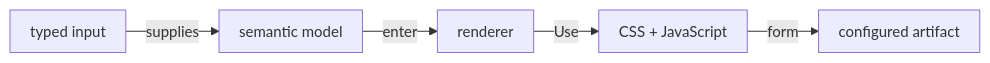
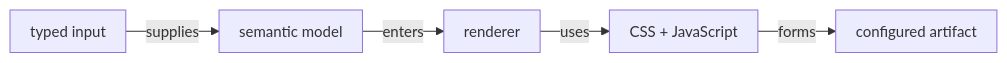
Before and after one commit to crististefanita/atf_j0: the eighth of 18 diagrams in atf-reporting/README.md, drawn with Mermaid. The commit also changed other lines of this file and 13 other files, not shown here.

````diff
--- a/atf-reporting/README.md
+++ b/atf-reporting/README.md
@@ -994,8 +920,8 @@
 ```mermaid
 %%{init: {"themeVariables":{"fontSize":"15px"},"themeCSS":".nodeLabel, .nodeLabel p { font-size: 15px !important; line-height: 1.35 !important; } .edgeLabel, .edgeLabel p { font-size: 12px !important; font-weight: 400 !important; line-height: 1.2 !important; } .edgeLabel .labelBkg, .edgeLabel p { background: transparent !important; } .edgeLabel foreignObject { transform: translateY(-18px); overflow: visible; } .node rect { rx: 6px; ry: 6px; }","flowchart":{"curve":"linear","nodeSpacing":24,"rankSpacing":40,"padding":10,"diagramPadding":16}}}%%
 flowchart LR
     Input[typed input] -->|supplies| Model[semantic model]
-    Model -->|enter| Render[renderer]
-    Render -->|Use| Assets[CSS + JavaScript]
-    Assets -->|form| Output[configured artifact]
+    Model -->|enters| Render[renderer]
+    Render -->|uses| Assets[CSS + JavaScript]
+    Assets -->|forms| Output[configured artifact]
 ```
````
